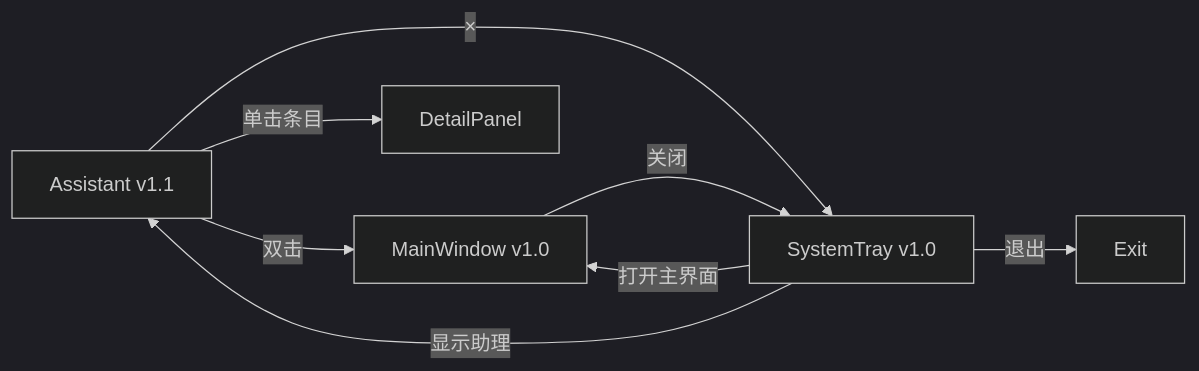
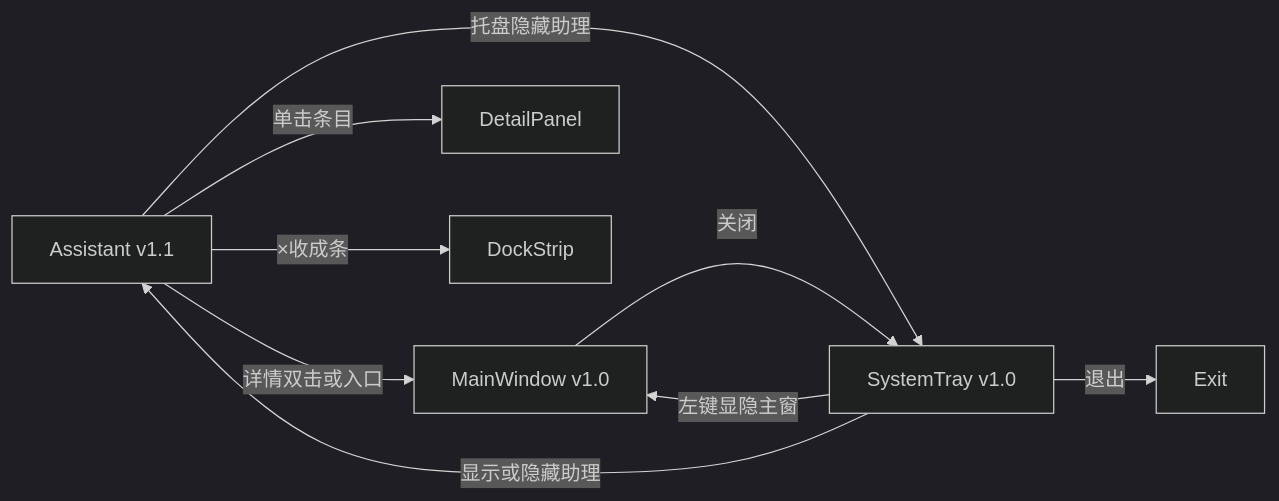
Before and after one commit to ForOnly/only-todo: the second of 2 diagrams in doc/产品需求.md, drawn with Mermaid (dark theme). The commit also changed other lines of this file and 15 other files, not shown here.

````diff
--- a/doc/产品需求.md
+++ b/doc/产品需求.md
@@ -190,15 +190,16 @@
 ```mermaid
 flowchart LR
     companion[Assistant v1.1]
     mainWin[MainWindow v1.0]
     tray[SystemTray v1.0]
     detailPanel[DetailPanel]
 
     companion -->|"单击条目"| detailPanel
-    companion -->|"双击"| mainWin
-    companion -->|"×"| tray
+    companion -->|"详情双击或入口"| mainWin
+    companion -->|"×收成条"| strip[DockStrip]
+    companion -->|"托盘隐藏助理"| tray
     mainWin -->|"关闭"| tray
-    tray -->|"打开主界面"| mainWin
-    tray -->|"显示助理"| companion
+    tray -->|"左键显隐主窗"| mainWin
+    tray -->|"显示或隐藏助理"| companion
     tray -->|"退出"| exitNode[Exit]
 ```
````
